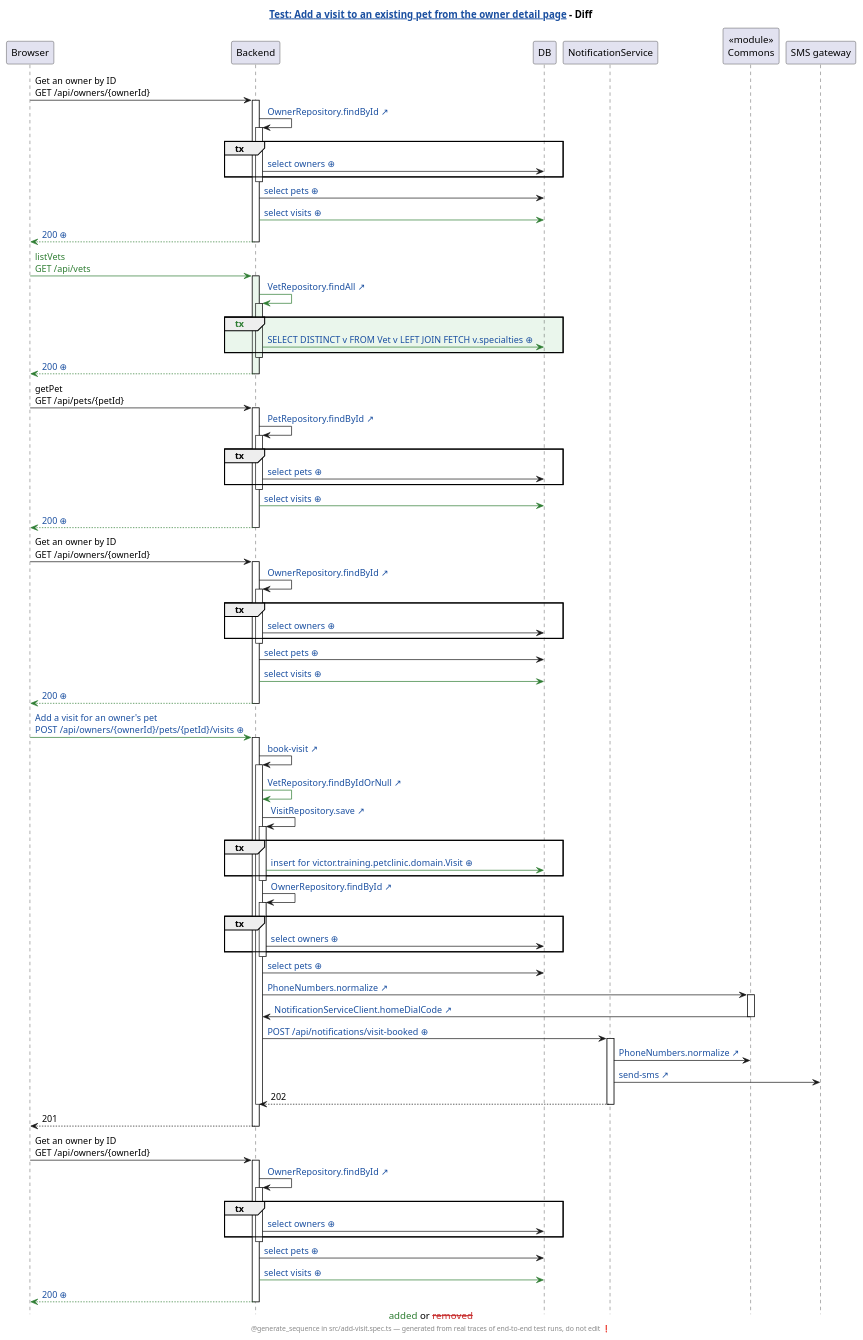
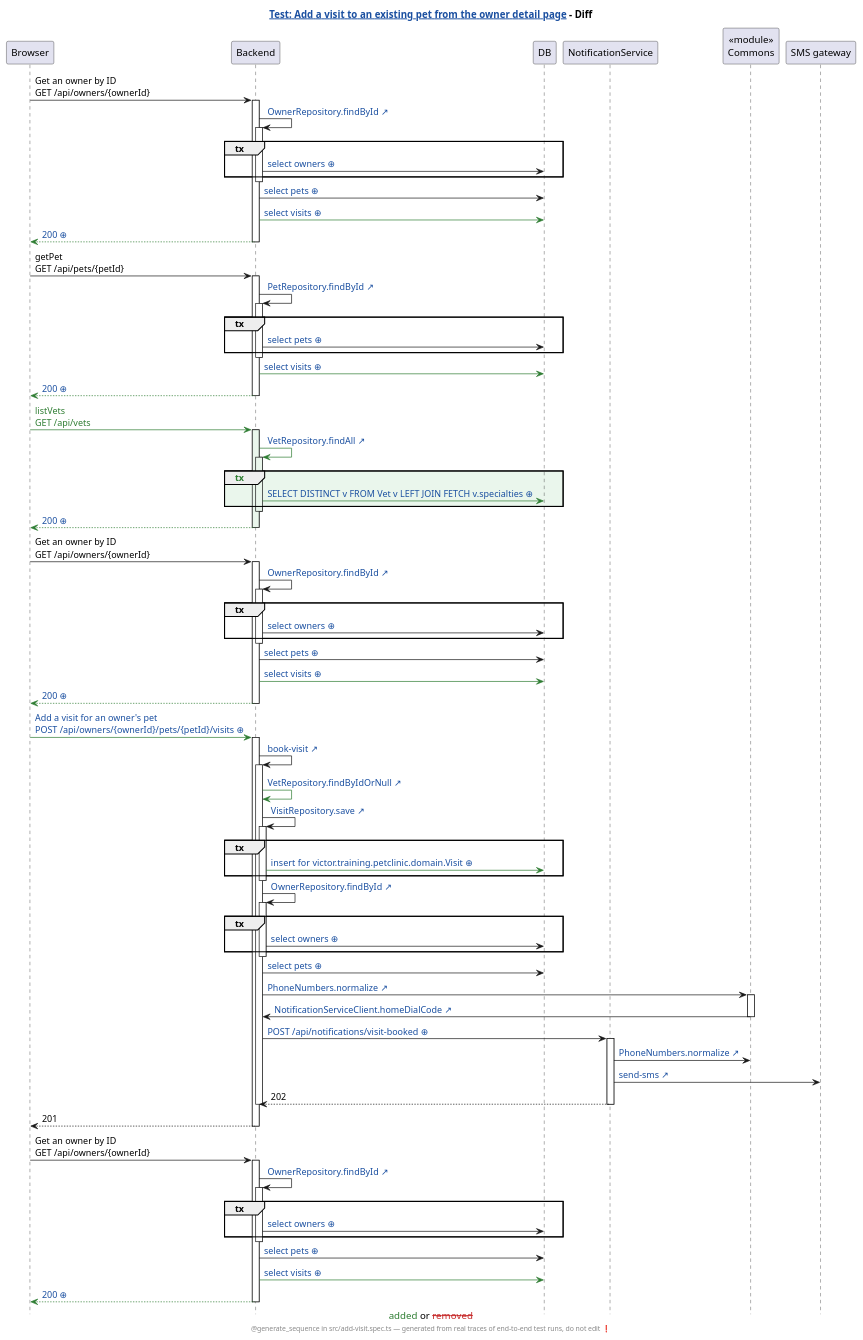
The diagram in demo/demo/assets/diagrams/petclinic-test_generated_add-visit.spec.ts.add-a-visit-to-an-existing-pet-from-the-owner-detail-page.genseq.diff.puml (AgustinOliver98/human-review), drawn with PlantUML before and after one commit. The commit also changed 229 other files, not shown here.

```diff
--- a/demo/demo/assets/diagrams/petclinic-test_generated_add-visit.spec.ts.add-a-visit-to-an-existing-pet-from-the-owner-detail-page.genseq.diff.puml
+++ b/demo/demo/assets/diagrams/petclinic-test_generated_add-visit.spec.ts.add-a-visit-to-an-existing-pet-from-the-owner-detail-page.genseq.diff.puml
@@ -1,102 +1,102 @@
 @startuml
 caption <color:#2E7D32>added</color> or <color:#C62828><s>removed</s></color>
 hide footbox
 skinparam hyperlinkUnderline false
 skinparam hyperlinkColor #1A4FA0
 title [[src://petclinic-test/src/add-visit.spec.ts:34{Click to open the test} Test: Add a visit to an existing pet from the owner detail page]] - Diff
 footer @generate_sequence in src/add-visit.spec.ts — generated from real traces of end-to-end test runs, do not edit ❗
 participant Browser
 participant Backend
 participant DB
 participant NotificationService
 participant "«module»\nCommons" as Commons
 participant "SMS gateway"
 Browser -> Backend: Get an owner by ID\nGET /api/owners/{ownerId}
 activate Backend
 Backend -> Backend: [[src://petclinic-backend/src/main/java/victor/training/petclinic/repository/OwnerRepository.java:14{Click to open OwnerRepository.findById} OwnerRepository.findById ↗]]
 activate Backend
 group tx
 Backend -> DB: [[genseq://0x8aana{Click for the statement behind this call} select owners ⊕]]
 end
 deactivate Backend
 Backend -> DB: [[genseq://18567ho{Click for the statement behind this call} select pets ⊕]]
 Backend -[#2E7D32]> DB: [[genseq://1eq1h2q{Click for the statement behind this call} select visits ⊕]]
 Backend -[#2E7D32]-> Browser: [[genseq://1bhasc1{Click for this call’s JSON body} 200 ⊕]]
 deactivate Backend
-Browser -[#2E7D32]> Backend: <color:#2E7D32>listVets</color>\n<color:#2E7D32>GET /api/vets</color>
-activate Backend #EAF6EC
-Backend -[#2E7D32]> Backend: [[src://petclinic-backend/src/main/java/victor/training/petclinic/repository/VetRepository.java:13{Click to open VetRepository.findAll} VetRepository.findAll ↗]]
-activate Backend #EAF6EC
-group #EAF6EC <color:#2E7D32>tx</color>
-Backend -[#2E7D32]> DB: [[genseq://0p6yxbc{Click for the statement behind this call} SELECT DISTINCT v FROM Vet v LEFT JOIN FETCH v.specialties ⊕]]
-end
-deactivate Backend
-Backend -[#2E7D32]-> Browser: [[genseq://1nmg2oo{Click for this call’s JSON body} 200 ⊕]]
-deactivate Backend
 Browser -> Backend: getPet\nGET /api/pets/{petId}
 activate Backend
 Backend -> Backend: [[src://petclinic-backend/src/main/java/victor/training/petclinic/repository/PetRepository.java:16{Click to open PetRepository.findById} PetRepository.findById ↗]]
 activate Backend
 group tx
 Backend -> DB: [[genseq://0y7w2ps{Click for the statement behind this call} select pets ⊕]]
 end
 deactivate Backend
 Backend -[#2E7D32]> DB: [[genseq://1eq1h2q{Click for the statement behind this call} select visits ⊕]]
 Backend -[#2E7D32]-> Browser: [[genseq://0n1gsl8{Click for this call’s JSON body} 200 ⊕]]
+deactivate Backend
+Browser -[#2E7D32]> Backend: <color:#2E7D32>listVets</color>\n<color:#2E7D32>GET /api/vets</color>
+activate Backend #EAF6EC
+Backend -[#2E7D32]> Backend: [[src://petclinic-backend/src/main/java/victor/training/petclinic/repository/VetRepository.java:13{Click to open VetRepository.findAll} VetRepository.findAll ↗]]
+activate Backend #EAF6EC
+group #EAF6EC <color:#2E7D32>tx</color>
+Backend -[#2E7D32]> DB: [[genseq://0p6yxbc{Click for the statement behind this call} SELECT DISTINCT v FROM Vet v LEFT JOIN FETCH v.specialties ⊕]]
+end
+deactivate Backend
+Backend -[#2E7D32]-> Browser: [[genseq://1nmg2oo{Click for this call’s JSON body} 200 ⊕]]
 deactivate Backend
 Browser -> Backend: Get an owner by ID\nGET /api/owners/{ownerId}
 activate Backend
 Backend -> Backend: [[src://petclinic-backend/src/main/java/victor/training/petclinic/repository/OwnerRepository.java:14{Click to open OwnerRepository.findById} OwnerRepository.findById ↗]]
 activate Backend
 group tx
 Backend -> DB: [[genseq://0x8aana{Click for the statement behind this call} select owners ⊕]]
 end
 deactivate Backend
 Backend -> DB: [[genseq://18567ho{Click for the statement behind this call} select pets ⊕]]
 Backend -[#2E7D32]> DB: [[genseq://1eq1h2q{Click for the statement behind this call} select visits ⊕]]
 Backend -[#2E7D32]-> Browser: [[genseq://1bhasc1{Click for this call’s JSON body} 200 ⊕]]
 deactivate Backend
-Browser -[#2E7D32]> Backend: [[genseq://0xspel8{Click for this call’s JSON body} Add a visit for an owner's pet\nPOST /api/owners/{ownerId}/pets/{petId}/visits ⊕]]
+Browser -[#2E7D32]> Backend: [[genseq://109mfig{Click for this call’s JSON body} Add a visit for an owner's pet\nPOST /api/owners/{ownerId}/pets/{petId}/visits ⊕]]
 activate Backend
 Backend -> Backend: [[src://petclinic-backend/src/main/java/victor/training/petclinic/rest/OwnerRestController.java:193{Click to open OwnerRestController.bookVisit} book-visit ↗]]
 activate Backend
 Backend -[#2E7D32]> Backend: [[src://petclinic-backend/src/main/java/victor/training/petclinic/repository/VetRepository.java:19{Click to open VetRepository.findByIdOrNull} VetRepository.findByIdOrNull ↗]]
 Backend -> Backend: [[src://petclinic-backend/src/main/java/victor/training/petclinic/repository/VisitRepository.java:14{Click to open VisitRepository.save} VisitRepository.save ↗]]
 activate Backend
 group tx
-Backend -[#2E7D32]> DB: [[genseq://1n8576n{Click for the statement behind this call} insert for victor.training.petclinic.domain.Visit ⊕]]
+Backend -[#2E7D32]> DB: [[genseq://1ed6113{Click for the statement behind this call} insert for victor.training.petclinic.domain.Visit ⊕]]
 end
 deactivate Backend
 Backend -> Backend: [[src://petclinic-backend/src/main/java/victor/training/petclinic/repository/OwnerRepository.java:14{Click to open OwnerRepository.findById} OwnerRepository.findById ↗]]
 activate Backend
 group tx
 Backend -> DB: [[genseq://0x8aana{Click for the statement behind this call} select owners ⊕]]
 end
 deactivate Backend
 Backend -> DB: [[genseq://18567ho{Click for the statement behind this call} select pets ⊕]]
 Backend -> Commons: [[src://petclinic-commons/src/main/java/victor/training/commons/PhoneNumbers.java:14{Click to open PhoneNumbers.normalize} PhoneNumbers.normalize ↗]]
 activate Commons
 Commons -> Backend: [[src://petclinic-backend/src/main/java/victor/training/petclinic/notification/NotificationServiceClient.java:45{Click to open NotificationServiceClient.homeDialCode} NotificationServiceClient.homeDialCode ↗]]
 deactivate Commons
 Backend -> NotificationService: [[genseq://1p4ogm5{Click for this call’s JSON body} POST /api/notifications/visit-booked ⊕]]
 activate NotificationService
 NotificationService -> Commons: [[src://petclinic-commons/src/main/java/victor/training/commons/PhoneNumbers.java:8{Click to open PhoneNumbers.normalize} PhoneNumbers.normalize ↗]]
 NotificationService -> "SMS gateway": [[src://notification-service/src/main/java/victor/training/notification/SmsGateway.java:23{Click to open SmsGateway.send} send-sms ↗]]
 NotificationService --> Backend: 202
 deactivate NotificationService
 deactivate Backend
 Backend --> Browser: 201
 deactivate Backend
 Browser -> Backend: Get an owner by ID\nGET /api/owners/{ownerId}
 activate Backend
 Backend -> Backend: [[src://petclinic-backend/src/main/java/victor/training/petclinic/repository/OwnerRepository.java:14{Click to open OwnerRepository.findById} OwnerRepository.findById ↗]]
 activate Backend
 group tx
 Backend -> DB: [[genseq://0x8aana{Click for the statement behind this call} select owners ⊕]]
 end
 deactivate Backend
 Backend -> DB: [[genseq://18567ho{Click for the statement behind this call} select pets ⊕]]
 Backend -[#2E7D32]> DB: [[genseq://1eq1h2q{Click for the statement behind this call} select visits ⊕]]
-Backend -[#2E7D32]-> Browser: [[genseq://19s6tx2{Click for this call’s JSON body} 200 ⊕]]
+Backend -[#2E7D32]-> Browser: [[genseq://14gvgwi{Click for this call’s JSON body} 200 ⊕]]
 deactivate Backend
 @enduml
```
